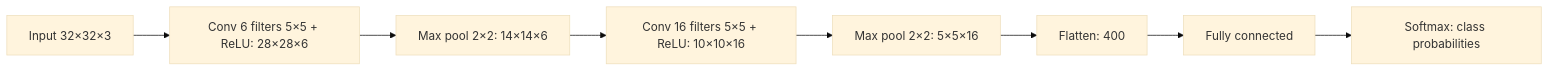
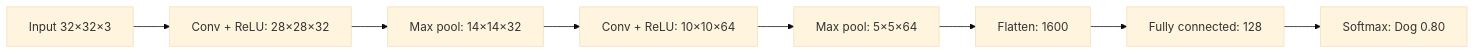
One commit to TrendySloth1001/sem-seven-notes changed the diagram in content/deep-learning/pyq/2024-05/q2b.mdx. Above: the diagram before and after it, drawn with Mermaid (base theme). The commit also changed other lines of this file and 23 other files, not shown here.

Commit message:
Rewrite the CNN note and two CNN answers from the teachers' Chapter 4 slides and Module 4 notes. They keep the teacher's definitions and 18 of their figures, cite only class files, and correct ten slide errors.

````diff
--- a/content/deep-learning/pyq/2024-05/q2b.mdx
+++ b/content/deep-learning/pyq/2024-05/q2b.mdx
@@ -25,11 +13,11 @@
 ```mermaid
-%% caption: Architecture of a CNN with the shape of the data after each layer (a 32×32 colour image, two conv blocks). Notice the size shrinks while the number of maps grows.
+%% caption: The basic CNN of the class with the data shape after each step. The left part extracts features; the right part classifies.
 flowchart LR
-  A["Input 32×32×3"] --> B["Conv 6 filters 5×5 + ReLU: 28×28×6"]
-  B --> C["Max pool 2×2: 14×14×6"]
-  C --> D["Conv 16 filters 5×5 + ReLU: 10×10×16"]
-  D --> E["Max pool 2×2: 5×5×16"]
-  E --> F["Flatten: 400"]
-  F --> G["Fully connected"]
-  G --> H["Softmax: class probabilities"]
+  A["Input 32×32×3"] --> B["Conv + ReLU: 28×28×32"]
+  B --> C["Max pool: 14×14×32"]
+  C --> D["Conv + ReLU: 10×10×64"]
+  D --> E["Max pool: 5×5×64"]
+  E --> F["Flatten: 1600"]
+  F --> G["Fully connected: 128"]
+  G --> H["Softmax: Dog 0.80"]
 ```
````
